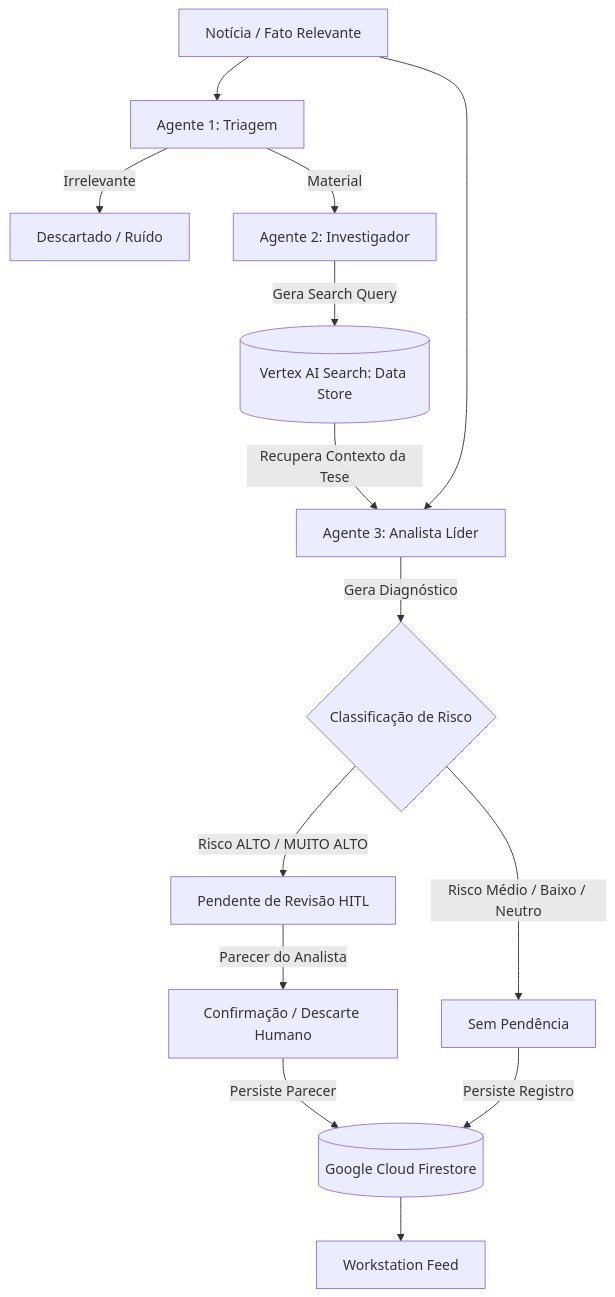
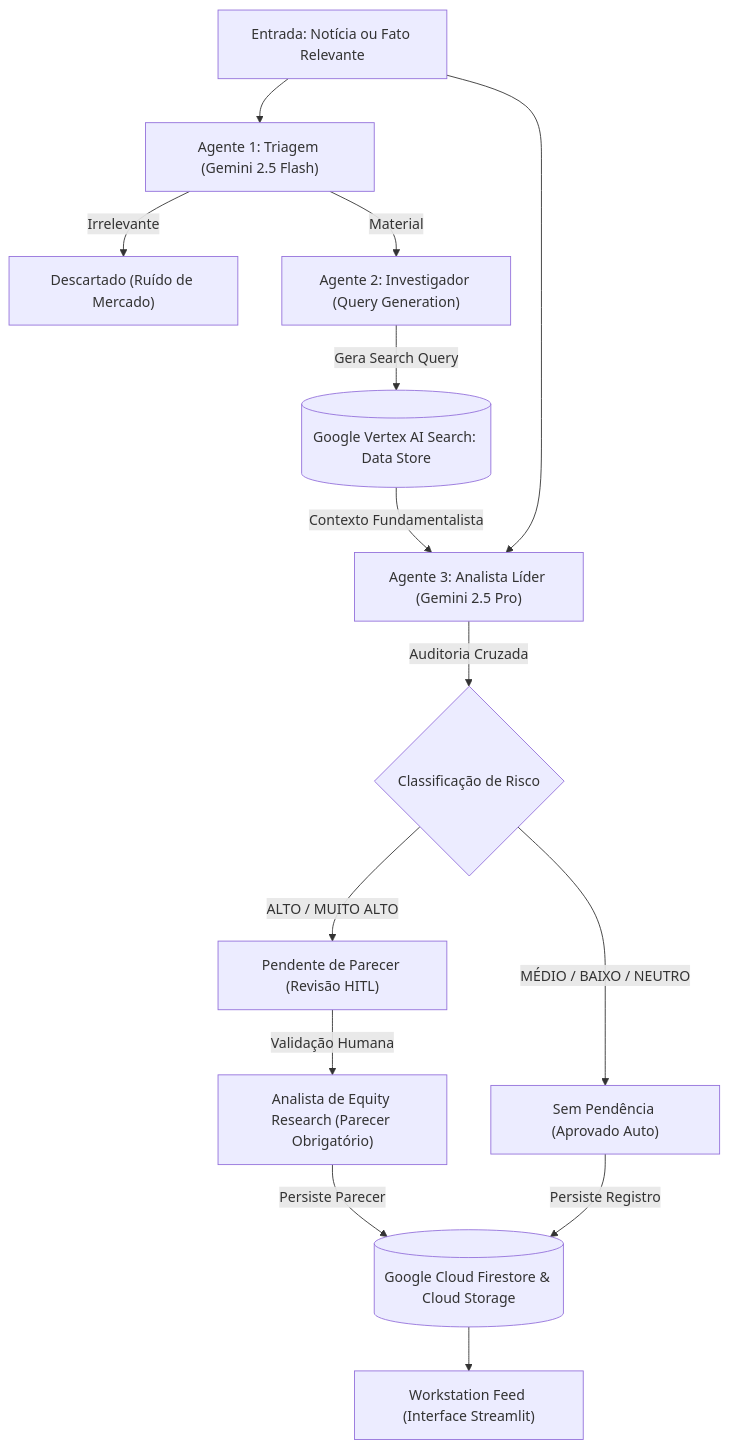
Before and after one commit to EDJR94/gft-smc-2026-equipe-05: the diagram in README.md, drawn with Mermaid. The commit also changed other lines of this file and 2 other files, not shown here.

Commit message:
docs: add rendered flowchart image and fix mermaid syntax for gitlab dark mode compatibility

````diff
--- a/README.md
+++ b/README.md
@@ -61,20 +66,16 @@
 ```mermaid
-graph TD
-    A[Notícia / Fato Relevante] --> B[Agente 1: Triagem]
-    B -->|Irrelevante| Z[Descartado / Ruído]
-    B -->|Material| C[Agente 2: Investigador]
-    
-    C -->|Gera Search Query| D[(Vertex AI Search: Data Store)]
-    
-    D -->|Recupera Contexto da Tese| E[Agente 3: Analista Líder]
+flowchart TD
+    A["Entrada: Notícia ou Fato Relevante"] --> B["Agente 1: Triagem (Gemini 2.5 Flash)"]
+    B -->|"Irrelevante"| Z["Descartado (Ruído de Mercado)"]
+    B -->|"Material"| C["Agente 2: Investigador (Query Generation)"]
+    C -->|"Gera Search Query"| D[("Google Vertex AI Search: Data Store")]
+    D -->|"Contexto Fundamentalista"| E["Agente 3: Analista Líder (Gemini 2.5 Pro)"]
     A --> E
-    
-    E -->|Gera Diagnóstico| F{Classificação de Risco}
-    F -->|Risco ALTO / MUITO ALTO| G[Pendente de Revisão HITL]
-    F -->|Risco Médio / Baixo / Neutro| K[Sem Pendência]
-    
-    G -->|Parecer do Analista| I[Confirmação / Descarte Humano]
-    I -->|Persiste Parecer| H[(Google Cloud Firestore)]
-    K -->|Persiste Registro| H
-    H --> J[Workstation Feed]
+    E -->|"Auditoria Cruzada"| F{"Classificação de Risco"}
+    F -->|"ALTO / MUITO ALTO"| G["Pendente de Parecer (Revisão HITL)"]
+    F -->|"MÉDIO / BAIXO / NEUTRO"| K["Sem Pendência (Aprovado Auto)"]
+    G -->|"Validação Humana"| I["Analista de Equity Research (Parecer Obrigatório)"]
+    I -->|"Persiste Parecer"| H[("Google Cloud Firestore & Cloud Storage")]
+    K -->|"Persiste Registro"| H
+    H --> J["Workstation Feed (Interface Streamlit)"]
 ```
````
